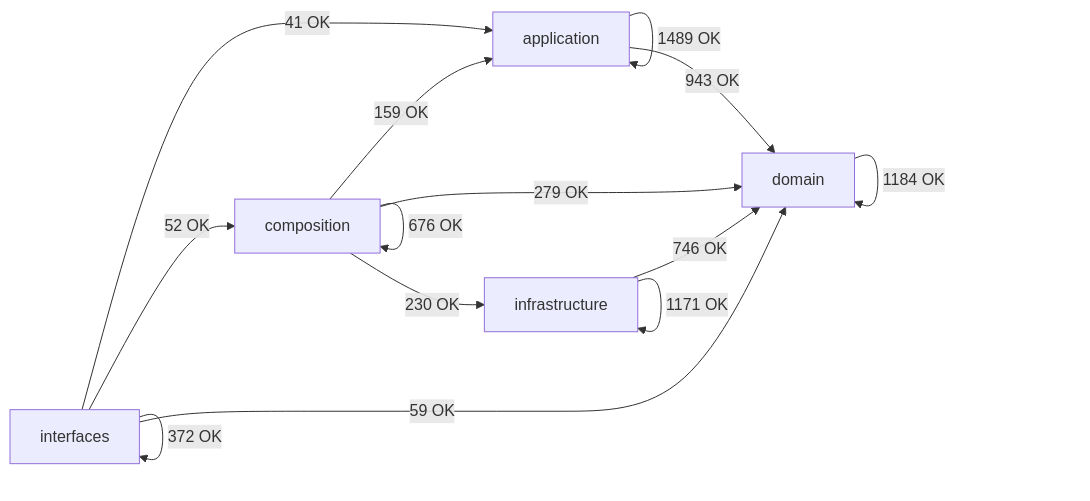
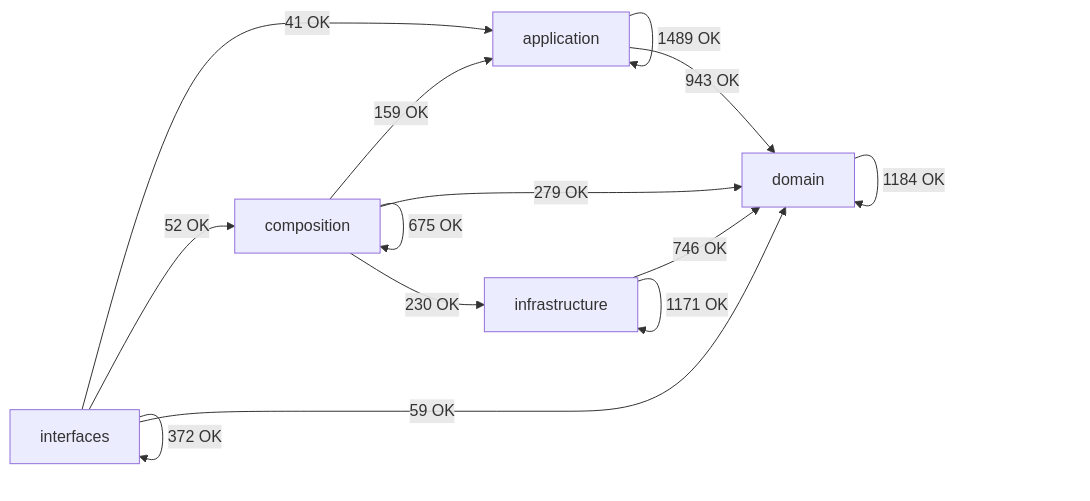
The diagram in docs/02-architecture/generated/module-dependency-map.md (SatoryKono/BioactivityDataAcquisition), drawn with Mermaid before and after one commit. The commit also changed other lines of this file and 35 other files, not shown here.

````diff
--- a/docs/02-architecture/generated/module-dependency-map.md
+++ b/docs/02-architecture/generated/module-dependency-map.md
@@ -17,21 +17,21 @@
 ```mermaid
 flowchart LR
     domain[domain]
     application[application]
     infrastructure[infrastructure]
     composition[composition]
     interfaces[interfaces]
     application -->|1489 OK| application
     application -->|943 OK| domain
     composition -->|159 OK| application
-    composition -->|676 OK| composition
+    composition -->|675 OK| composition
     composition -->|279 OK| domain
     composition -->|230 OK| infrastructure
     domain -->|1184 OK| domain
     infrastructure -->|746 OK| domain
     infrastructure -->|1171 OK| infrastructure
     interfaces -->|41 OK| application
     interfaces -->|52 OK| composition
     interfaces -->|59 OK| domain
     interfaces -->|372 OK| interfaces
 ```
````
